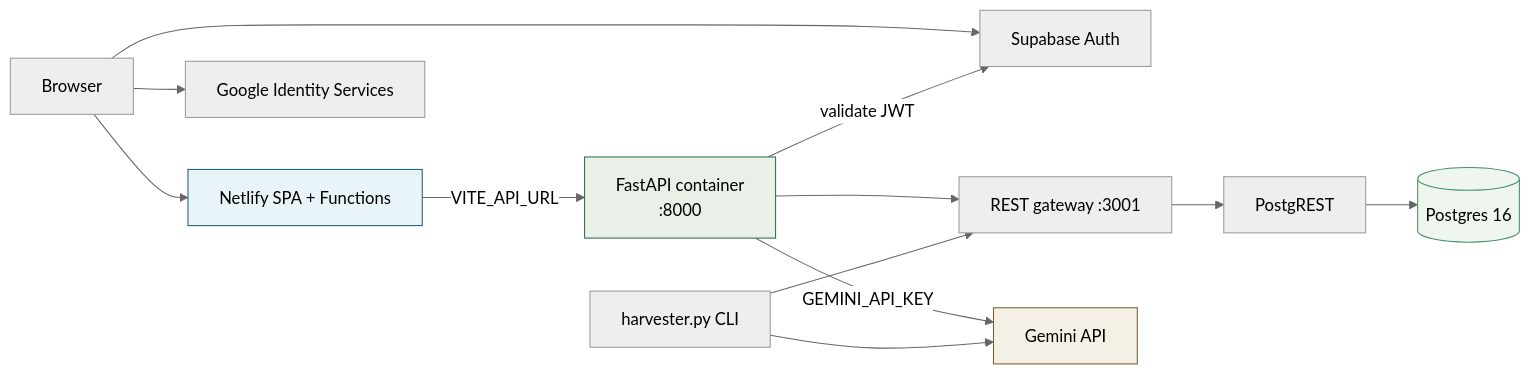
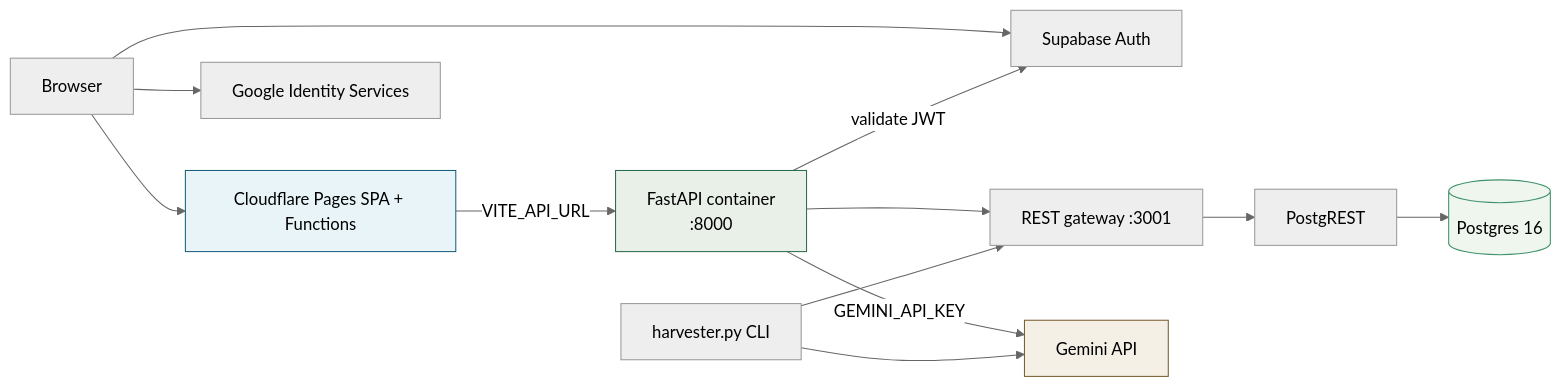
Before and after one commit to Preebg/RealEstateAI: the third of 12 diagrams in README.md, drawn with Mermaid (neutral theme). The commit also changed other lines of this file and 20 other files, not shown here.

First line of the commit message:
Migrate deployment from Netlify to Pages

````diff
--- a/README.md
+++ b/README.md
@@ -144,19 +144,19 @@
 ```mermaid
 flowchart LR
-    U[Browser] --> N[Netlify SPA + Functions]
+    U[Browser] --> N[Cloudflare Pages SPA + Functions]
     U --> S[Supabase Auth]
     U --> GGL[Google Identity Services]
     N -->|VITE_API_URL| F[FastAPI container<br/>:8000]
     F --> GW[REST gateway :3001]
     GW --> PR[PostgREST]
     PR --> P[(Postgres 16)]
     F -->|validate JWT| S
     F -->|GEMINI_API_KEY| G[Gemini API]
     H[harvester.py CLI] --> GW
     H --> G
 
     style N fill:#e8f4f8,stroke:#1a5f7a
     style F fill:#e8f0e8,stroke:#2d6a4f
     style P fill:#eef6ee,stroke:#40916c
     style G fill:#f5f0e6,stroke:#7a5c2e
 ```
````
